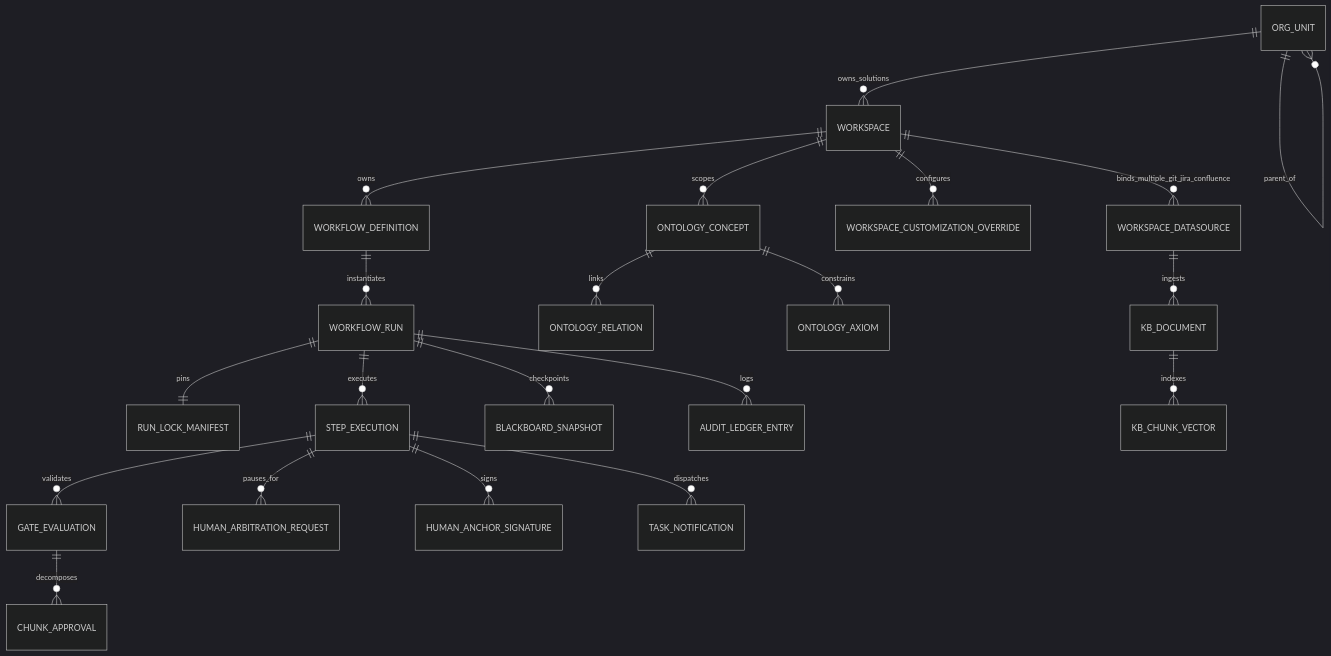
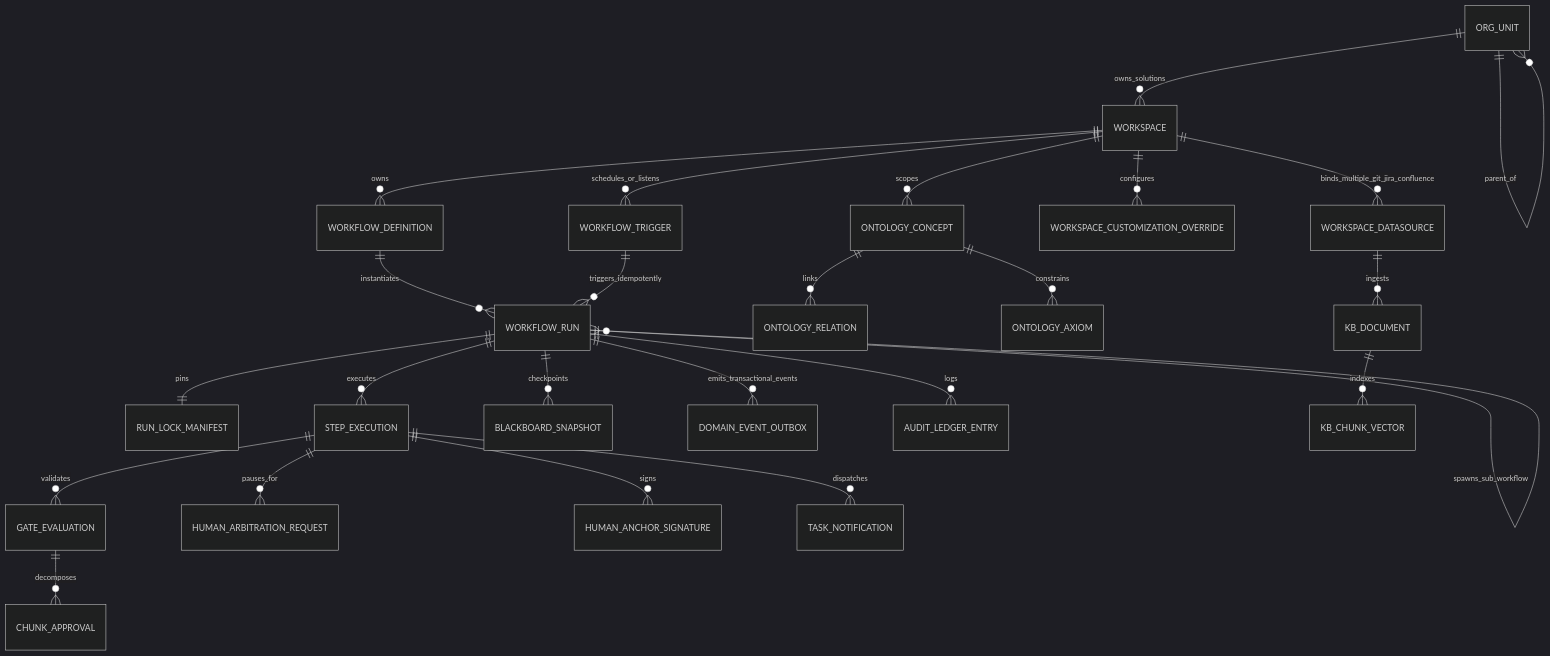
The second of 2 diagrams in docs/planning-artifacts/architecture/architecture-ORCIA-2026-10-24/ARCHITECTURE-SPINE.md (rom1es/ORCIA), drawn with Mermaid (dark theme) before and after one commit. The commit also changed other lines of this file and 20 other files, not shown here.

Commit message:
docs(architecture): integrate stack re-evaluation (DBOS, SeaweedFS, Vite+TanStack Router) and modular monolith (AD-19, Stories 3.2a-3.2d & 4.1a)

````diff
--- a/docs/planning-artifacts/architecture/architecture-ORCIA-2026-10-24/ARCHITECTURE-SPINE.md
+++ b/docs/planning-artifacts/architecture/architecture-ORCIA-2026-10-24/ARCHITECTURE-SPINE.md
@@ -273,23 +311,27 @@
 ```mermaid
 erDiagram
     ORG_UNIT ||--o{ ORG_UNIT : parent_of
     ORG_UNIT ||--o{ WORKSPACE : owns_solutions
     WORKSPACE ||--o{ WORKSPACE_DATASOURCE : binds_multiple_git_jira_confluence
     WORKSPACE ||--o{ WORKFLOW_DEFINITION : owns
+    WORKSPACE ||--o{ WORKFLOW_TRIGGER : schedules_or_listens
     WORKSPACE ||--o{ WORKSPACE_CUSTOMIZATION_OVERRIDE : configures
     WORKSPACE ||--o{ ONTOLOGY_CONCEPT : scopes
     WORKFLOW_DEFINITION ||--o{ WORKFLOW_RUN : instantiates
+    WORKFLOW_TRIGGER ||--o{ WORKFLOW_RUN : triggers_idempotently
+    WORKFLOW_RUN ||--o{ WORKFLOW_RUN : spawns_sub_workflow
     WORKFLOW_RUN ||--|| RUN_LOCK_MANIFEST : pins
     WORKFLOW_RUN ||--o{ STEP_EXECUTION : executes
     WORKFLOW_RUN ||--o{ BLACKBOARD_SNAPSHOT : checkpoints
+    WORKFLOW_RUN ||--o{ DOMAIN_EVENT_OUTBOX : emits_transactional_events
     STEP_EXECUTION ||--o{ GATE_EVALUATION : validates
     STEP_EXECUTION ||--o{ HUMAN_ARBITRATION_REQUEST : pauses_for
     STEP_EXECUTION ||--o{ HUMAN_ANCHOR_SIGNATURE : signs
     GATE_EVALUATION ||--o{ CHUNK_APPROVAL : decomposes
     STEP_EXECUTION ||--o{ TASK_NOTIFICATION : dispatches
     WORKFLOW_RUN ||--o{ AUDIT_LEDGER_ENTRY : logs
     ONTOLOGY_CONCEPT ||--o{ ONTOLOGY_RELATION : links
     ONTOLOGY_CONCEPT ||--o{ ONTOLOGY_AXIOM : constrains
     WORKSPACE_DATASOURCE ||--o{ KB_DOCUMENT : ingests
     KB_DOCUMENT ||--o{ KB_CHUNK_VECTOR : indexes
 ```
````
